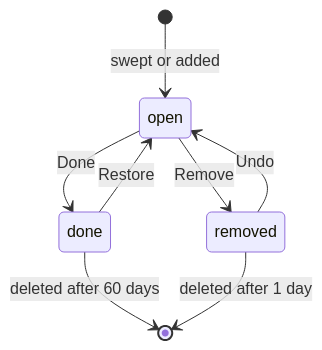
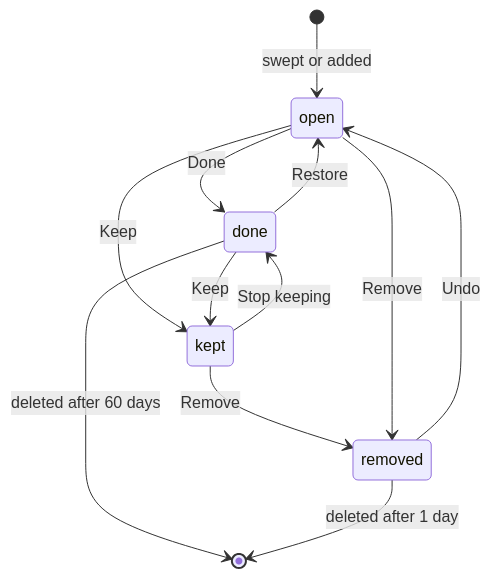
The second of 2 diagrams in docs/DATABASE.md (geopapa11/tab-triage), drawn with Mermaid before and after one commit. The commit also changed other lines of this file and 11 other files, not shown here.

````diff
--- a/docs/DATABASE.md
+++ b/docs/DATABASE.md
@@ -88,10 +88,14 @@
 ```mermaid
 stateDiagram-v2
   [*] --> open: swept or added
   open --> done: Done
   done --> open: Restore
+  open --> kept: Keep
+  done --> kept: Keep
+  kept --> done: Stop keeping
+  kept --> removed: Remove
   open --> removed: Remove
   removed --> open: Undo
   done --> [*]: deleted after 60 days
   removed --> [*]: deleted after 1 day
 ```
````
